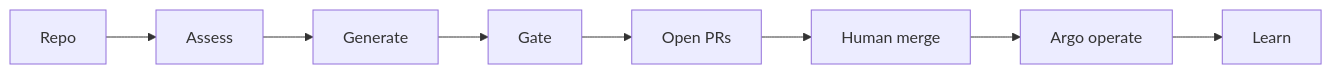
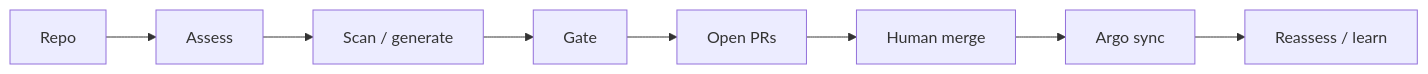
The first of 2 diagrams in README.md (alimobrem/AgentIT), drawn with Mermaid before and after one commit. The commit also changed other lines of this file and 10 other files, not shown here.

````diff
--- a/README.md
+++ b/README.md
@@ -42,10 +78,10 @@
 ```mermaid
 flowchart LR
     A["Repo"] --> B["Assess"]
-    B --> C["Generate"]
+    B --> C["Scan / generate"]
     C --> D["Gate"]
     D --> E["Open PRs"]
     E --> F["Human merge"]
-    F --> G["Argo operate"]
-    G --> H["Learn"]
+    F --> G["Argo sync"]
+    G --> H["Reassess / learn"]
 ```
````
